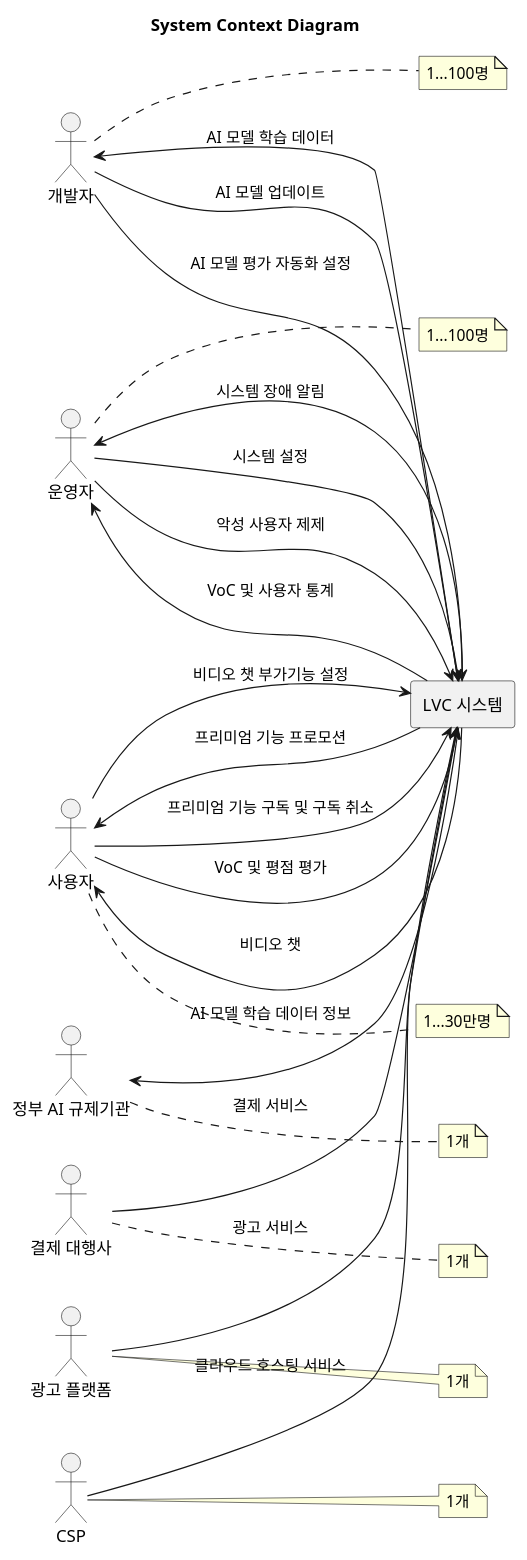
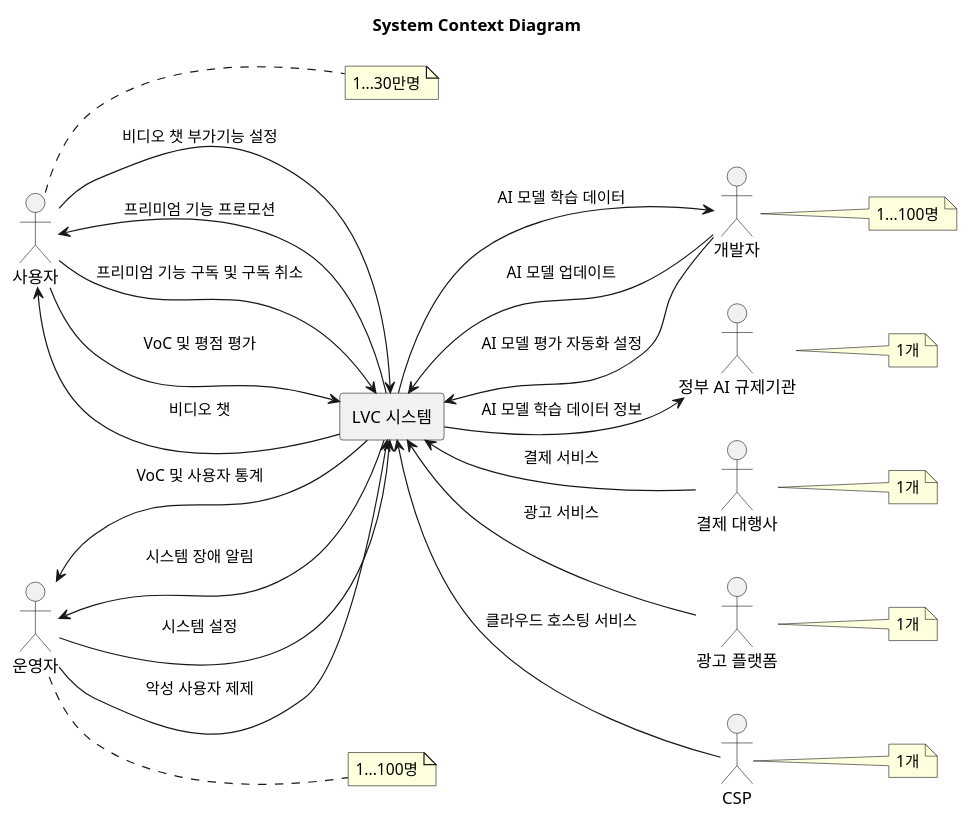
The diagram in diagrams/system_context_diagram.puml (dhkim09a/associate-architect-course-2025), drawn with PlantUML before and after one commit.

```diff
--- a/diagrams/system_context_diagram.puml
+++ b/diagrams/system_context_diagram.puml
@@ -1,57 +1,57 @@
 @startuml SystemContextDiagram
 title System Context Diagram
 left to right direction
 
 actor "사용자" as User
 note right of User
 1...30만명
 end note
 actor "개발자" as Developer
 note right of Developer
 1...100명
 end note
 actor "운영자" as Operator
 note right of Operator
 1...100명
 end note
 actor "정부 AI 규제기관" as Regulator
 note right of Regulator
 1개
 end note
 actor "결제 대행사" as PaymentProvider
 note right of PaymentProvider
 1개
 end note
 actor "광고 플랫폼" as AdPlatform
 note right of AdPlatform
 1개
 end note
 actor "CSP" as CloudProvider
 note right of CloudProvider
 1개
 end note
 
 rectangle "LVC 시스템" {
 }
 
 User <-- "LVC 시스템" : "비디오 챗"
 User --> "LVC 시스템" : "비디오 챗 부가기능 설정"
 User <-- "LVC 시스템" : "프리미엄 기능 프로모션"
 User --> "LVC 시스템" : "프리미엄 기능 구독 및 구독 취소"
 User --> "LVC 시스템" : "VoC 및 평점 평가"
 
 Operator <-- "LVC 시스템" : "VoC 및 사용자 통계"
 Operator <-- "LVC 시스템" : "시스템 장애 알림"
 Operator --> "LVC 시스템" : "시스템 설정"
 Operator --> "LVC 시스템" : "악성 사용자 제제"
 
-Developer <-- "LVC 시스템" : "AI 모델 학습 데이터"
-Developer --> "LVC 시스템" : "AI 모델 업데이트"
-Developer --> "LVC 시스템" : "AI 모델 평가 자동화 설정"
+Developer <-up- "LVC 시스템" : "AI 모델 학습 데이터"
+Developer -up-> "LVC 시스템" : "AI 모델 업데이트"
+Developer -up-> "LVC 시스템" : "AI 모델 평가 자동화 설정"
 
-Regulator <-- "LVC 시스템" : "AI 모델 학습 데이터 정보"
+Regulator <-up- "LVC 시스템" : "AI 모델 학습 데이터 정보"
 
-PaymentProvider --> "LVC 시스템" : "결제 서비스"
-AdPlatform --> "LVC 시스템" : "광고 서비스"
-CloudProvider --> "LVC 시스템" : "클라우드 호스팅 서비스"
+PaymentProvider -up-> "LVC 시스템" : "결제 서비스"
+AdPlatform -up-> "LVC 시스템" : "광고 서비스"
+CloudProvider -up-> "LVC 시스템" : "클라우드 호스팅 서비스"
 @enduml
```
